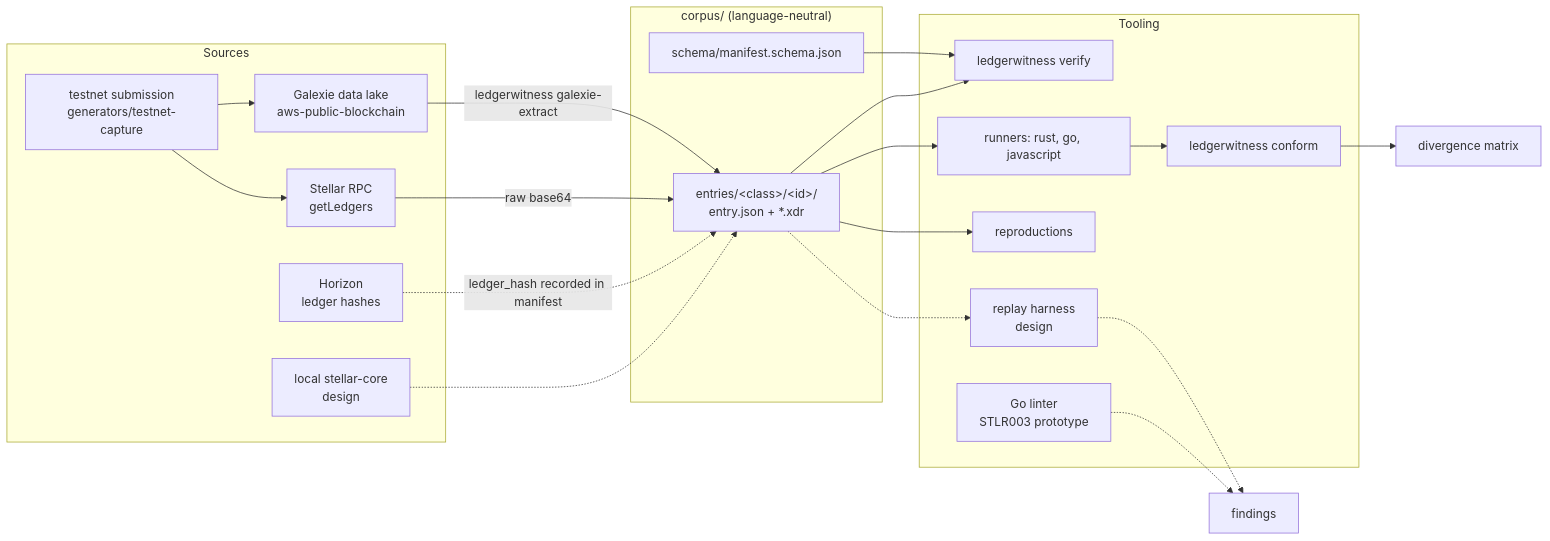
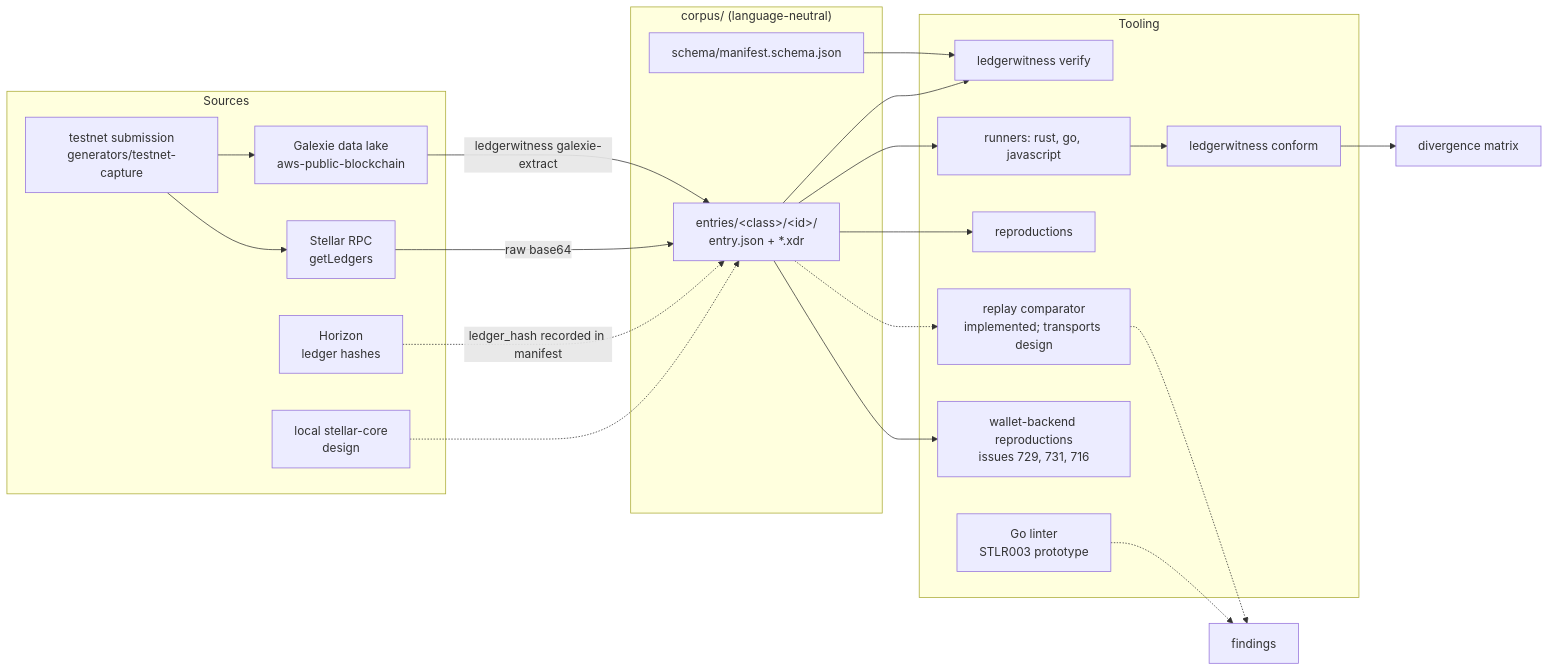
One commit to LedgerWitness/ledgerwitness changed the first of 3 diagrams in docs/architecture.md. Above: the diagram before and after it, drawn with Mermaid. The commit also changed other lines of this file, not shown here.

First line of the commit message:
Architecture: add a status summary, a plain-English stack and a delivery plan

````diff
--- a/docs/architecture.md
+++ b/docs/architecture.md
@@ -73,37 +124,39 @@
 ```mermaid
 flowchart LR
   subgraph Sources
     DL[Galexie data lake<br/>aws-public-blockchain]
     RPC[Stellar RPC<br/>getLedgers]
     TN[testnet submission<br/>generators/testnet-capture]
     HZ[Horizon<br/>ledger hashes]
     CORE[local stellar-core<br/>design]
   end
 
   subgraph Corpus["corpus/ (language-neutral)"]
     SCHEMA[schema/manifest.schema.json]
     ENTRIES[entries/&lt;class&gt;/&lt;id&gt;/<br/>entry.json + *.xdr]
   end
 
   subgraph Tooling
     LCK[ledgerwitness verify]
     RUN[runners: rust, go, javascript]
     CONF[ledgerwitness conform]
     REPRO[reproductions]
-    REPLAY[replay harness<br/>design]
+    REPLAY[replay comparator<br/>implemented; transports design]
+    WB[wallet-backend reproductions<br/>issues 729, 731, 716]
     LINT[Go linter<br/>STLR003 prototype]
   end
 
   TN --> RPC
   TN --> DL
   DL -->|ledgerwitness galexie-extract| ENTRIES
   RPC -->|raw base64| ENTRIES
   HZ -.->|ledger_hash recorded in manifest| ENTRIES
   CORE -.-> ENTRIES
   SCHEMA --> LCK
   ENTRIES --> LCK
   ENTRIES --> RUN --> CONF --> MATRIX[divergence matrix]
   ENTRIES --> REPRO
+  ENTRIES --> WB
   ENTRIES -.-> REPLAY -.-> FINDINGS[findings]
   LINT -.-> FINDINGS
 ```
````
